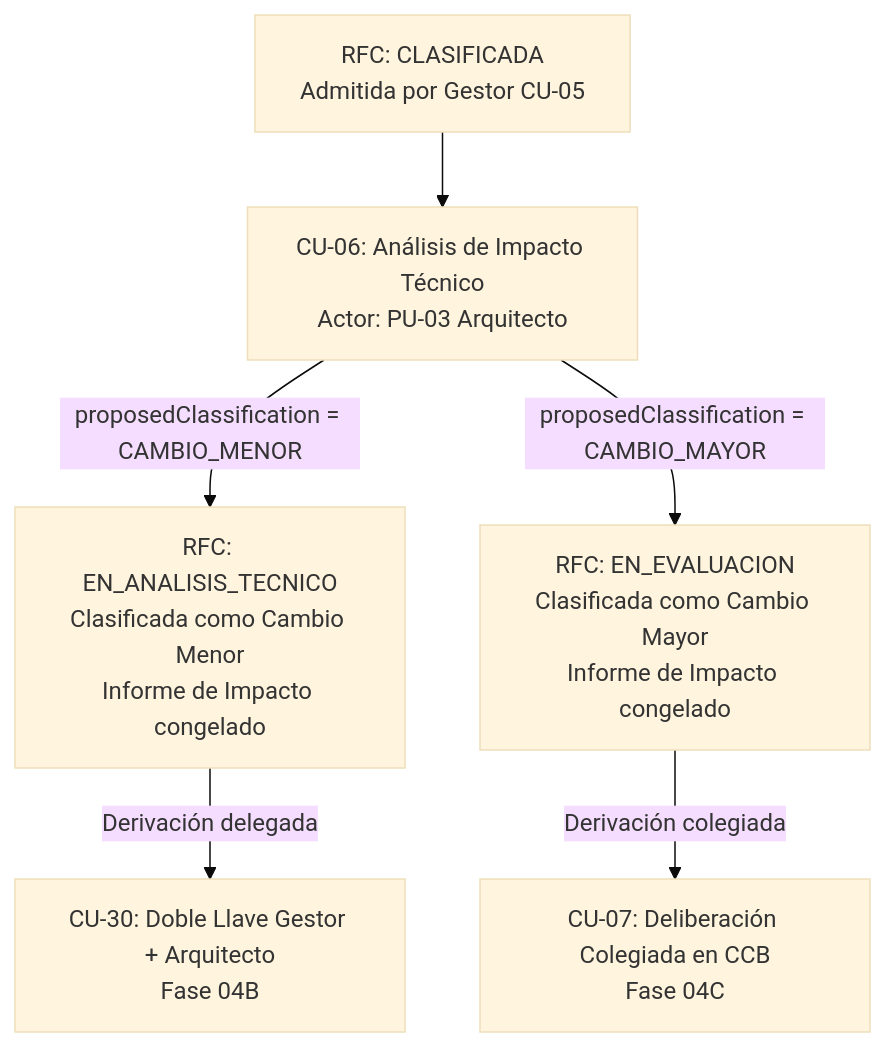
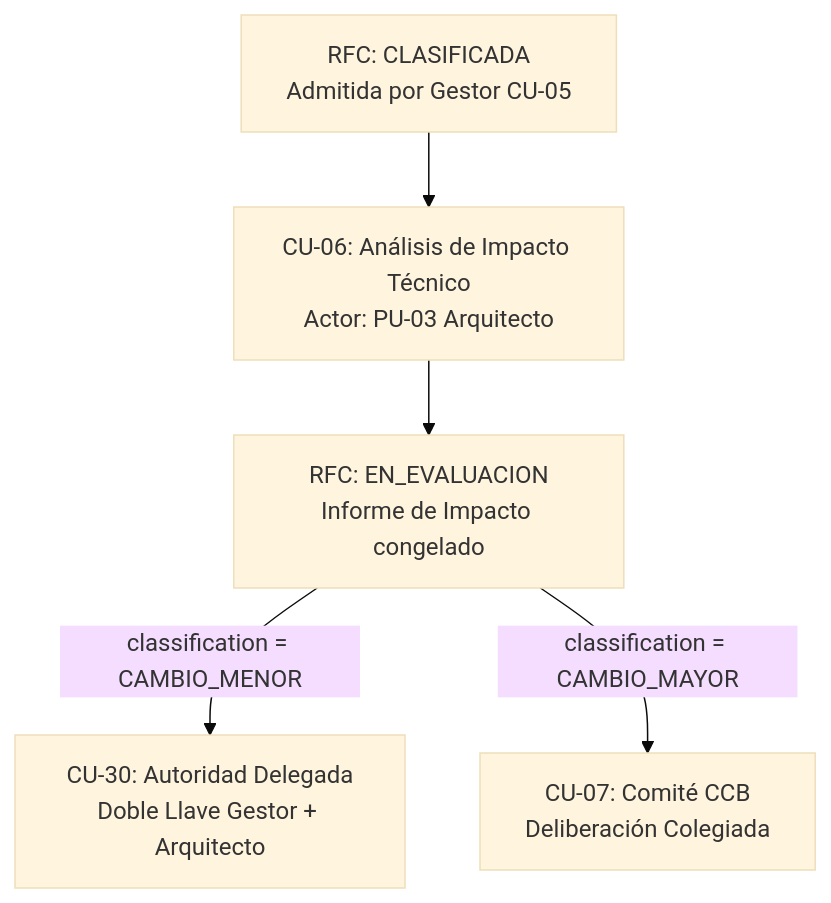
The diagram in docs/refactor/RFC_IMPACT_ANALYSIS.md (JMedina255/TraceFlow), drawn with Mermaid (base theme) before and after one commit. The commit also changed other lines of this file and 2 other files, not shown here.

Commit message:
fix(rfc): align technical analysis transitions with canonical states

````diff
--- a/docs/refactor/RFC_IMPACT_ANALYSIS.md
+++ b/docs/refactor/RFC_IMPACT_ANALYSIS.md
@@ -77,10 +77,9 @@
 ```mermaid
 flowchart TD
     CLAS[RFC: CLASIFICADA<br>Admitida por Gestor CU-05] --> CU06[CU-06: Análisis de Impacto Técnico<br>Actor: PU-03 Arquitecto]
     
-    CU06 -->| proposedClassification = CAMBIO_MENOR | MENOR[RFC: EN_ANALISIS_TECNICO<br>Clasificada como Cambio Menor<br>Informe de Impacto congelado]
-    CU06 -->| proposedClassification = CAMBIO_MAYOR | MAYOR[RFC: EN_EVALUACION<br>Clasificada como Cambio Mayor<br>Informe de Impacto congelado]
+    CU06 --> EVAL[RFC: EN_EVALUACION<br>Informe de Impacto congelado]
     
-    MENOR -->|Derivación delegada| CU30[CU-30: Doble Llave Gestor + Arquitecto<br>Fase 04B]
-    MAYOR -->|Derivación colegiada| CU07[CU-07: Deliberación Colegiada en CCB<br>Fase 04C]
+    EVAL -->| classification = CAMBIO_MENOR | CU30[CU-30: Autoridad Delegada<br>Doble Llave Gestor + Arquitecto]
+    EVAL -->| classification = CAMBIO_MAYOR | CU07[CU-07: Comité CCB<br>Deliberación Colegiada]
 ```
````
